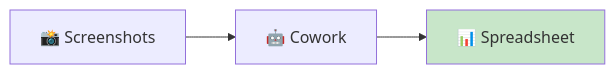
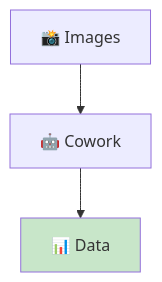
Before and after one commit to TheBushidoCollective/han: the seventh of 10 diagrams in website/content/papers/ai-dlc-2026/runbooks/tooling/claude-cowork.md, drawn with Mermaid. The commit also changed other lines of this file and 21 other files, not shown here.

First line of the commit message:
fix(website): convert all AI-DLC runbook Mermaid diagrams to TB layout

````diff
--- a/website/content/papers/ai-dlc-2026/runbooks/tooling/claude-cowork.md
+++ b/website/content/papers/ai-dlc-2026/runbooks/tooling/claude-cowork.md
@@ -177,7 +173,7 @@
 ```mermaid
-flowchart LR
-    Screenshots[📸 Screenshots] --> Cowork[🤖 Cowork]
-    Cowork --> Spreadsheet[📊 Spreadsheet]
+flowchart TB
+    Screenshots[📸 Images] --> Cowork[🤖 Cowork]
+    Cowork --> Data[📊 Data]
 
-    style Spreadsheet fill:#c8e6c9
+    style Data fill:#c8e6c9
 ```
````
